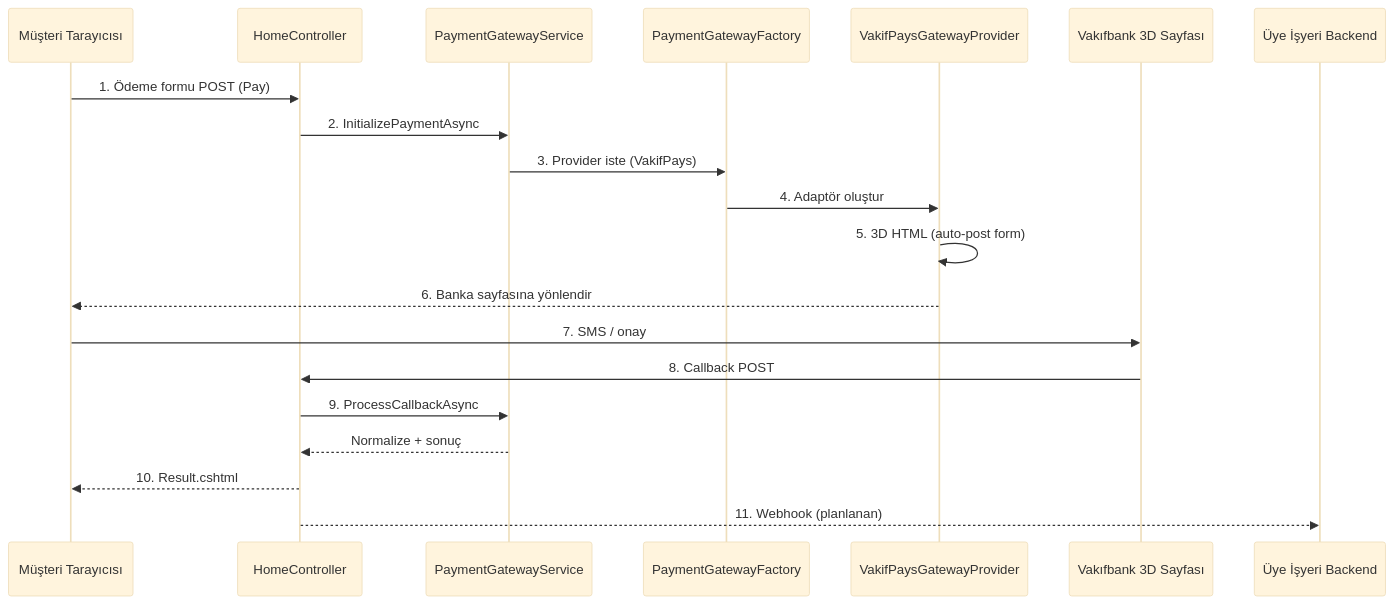
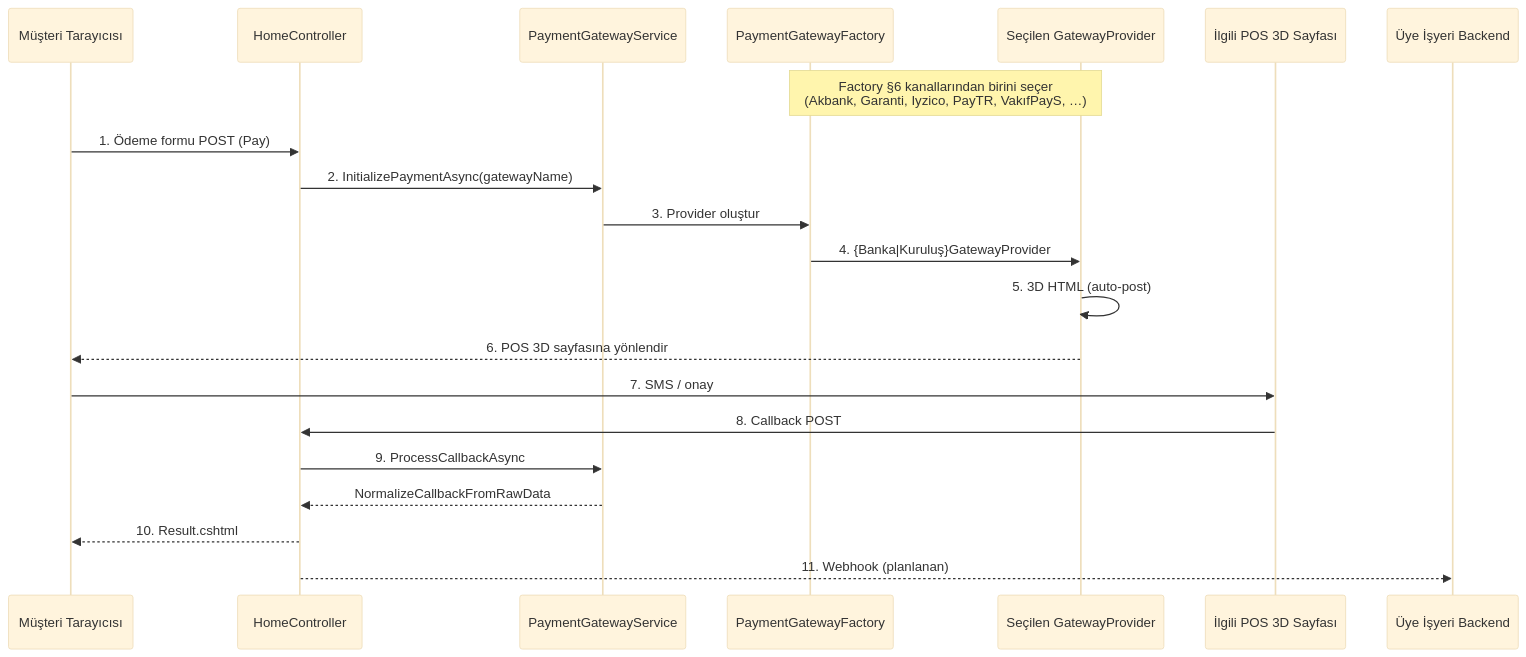
Before and after one commit to mehmetunal/tripay: the sixth of 7 diagrams in docs/TriPay_Proje_Dokumani.md, drawn with Mermaid (base theme). The commit also changed other lines of this file and 1 other file, not shown here.

````diff
--- a/docs/TriPay_Proje_Dokumani.md
+++ b/docs/TriPay_Proje_Dokumani.md
@@ -277,23 +394,25 @@
 ```mermaid
 sequenceDiagram
     participant M as Müşteri Tarayıcısı
     participant C as HomeController
     participant S as PaymentGatewayService
     participant F as PaymentGatewayFactory
-    participant P as VakifPaysGatewayProvider
-    participant B as Vakıfbank 3D Sayfası
+    participant P as Seçilen GatewayProvider
+    participant B as İlgili POS 3D Sayfası
     participant U as Üye İşyeri Backend
 
+    Note over F,P: Factory §6 kanallarından birini seçer<br/>(Akbank, Garanti, Iyzico, PayTR, VakıfPayS, …)
+
     M->>C: 1. Ödeme formu POST (Pay)
-    C->>S: 2. InitializePaymentAsync
-    S->>F: 3. Provider iste (VakifPays)
-    F->>P: 4. Adaptör oluştur
-    P->>P: 5. 3D HTML (auto-post form)
-    P-->>M: 6. Banka sayfasına yönlendir
+    C->>S: 2. InitializePaymentAsync(gatewayName)
+    S->>F: 3. Provider oluştur
+    F->>P: 4. {Banka|Kuruluş}GatewayProvider
+    P->>P: 5. 3D HTML (auto-post)
+    P-->>M: 6. POS 3D sayfasına yönlendir
     M->>B: 7. SMS / onay
     B->>C: 8. Callback POST
     C->>S: 9. ProcessCallbackAsync
-    S-->>C: Normalize + sonuç
+    S-->>C: NormalizeCallbackFromRawData
     C-->>M: 10. Result.cshtml
     C-->>U: 11. Webhook (planlanan)
 ```
````
